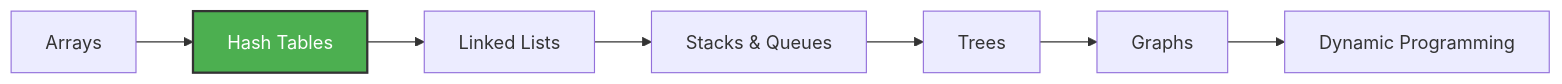
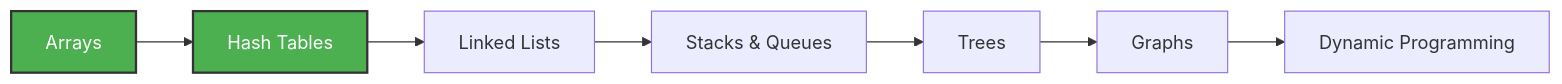
Before and after one commit to 7amed3li/Data-Structures-and-Algorithms.: the diagram in README.md, drawn with Mermaid. The commit also changed other lines of this file and 1 other file, not shown here.

````diff
--- a/README.md
+++ b/README.md
@@ -77,11 +83,12 @@
 ```mermaid
 graph LR
     A[Arrays] --> B[Hash Tables]
     B --> C[Linked Lists]
     C --> D[Stacks & Queues]
     D --> E[Trees]
     E --> F[Graphs]
     F --> G[Dynamic Programming]
 
+    style A fill:#4CAF50,stroke:#333,stroke-width:2px,color:#fff
     style B fill:#4CAF50,stroke:#333,stroke-width:2px,color:#fff
 ```
````
